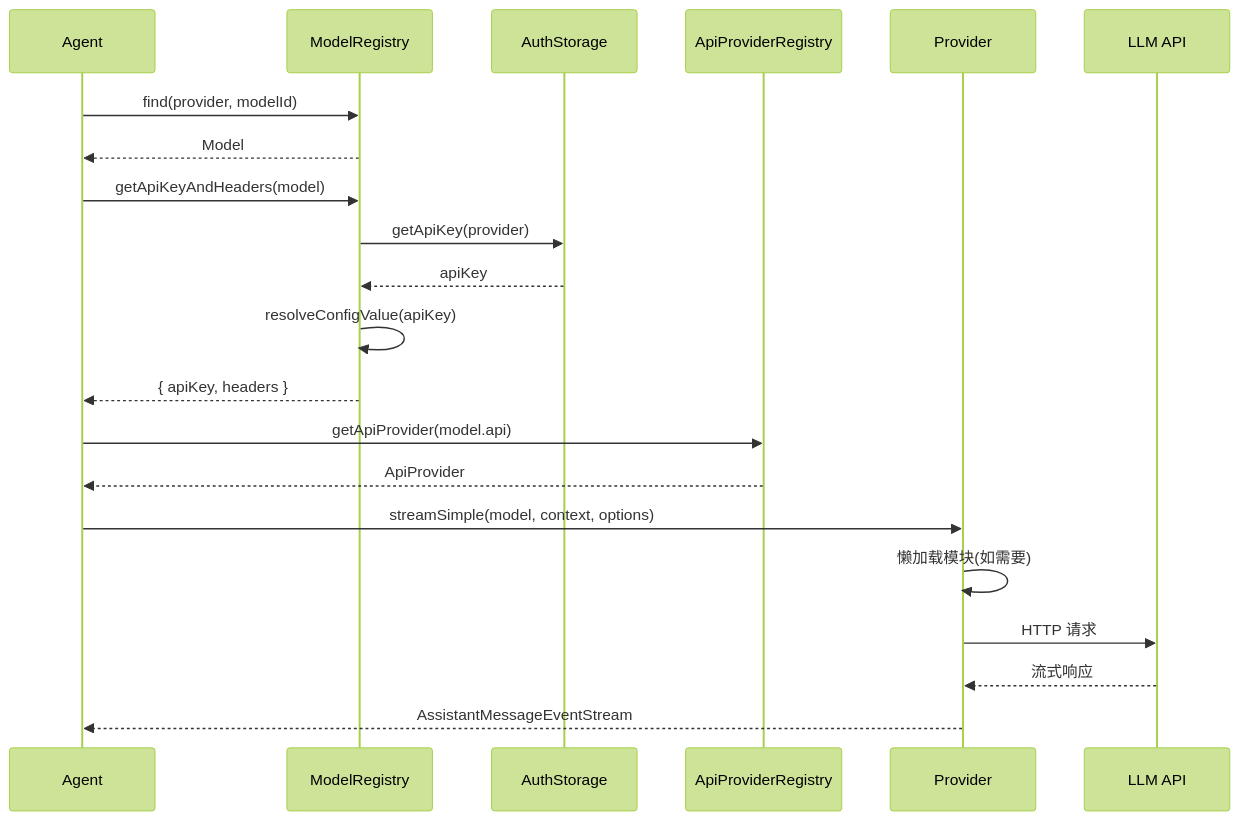
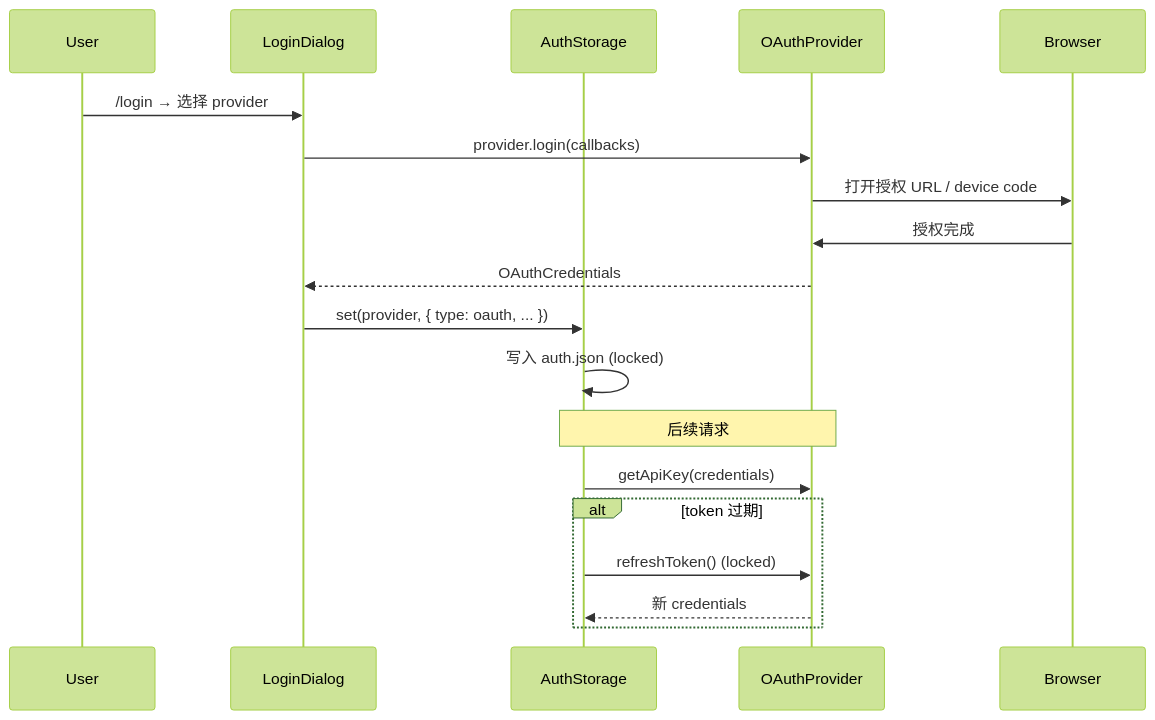
The sixth of 11 diagrams in _LEARN/04-subsystems/04-provider-system.md (StrayDragon/pi-mono), drawn with Mermaid (forest theme) before and after one commit. The commit also changed other lines of this file and 42 other files, not shown here.

````diff
--- a/_LEARN/04-subsystems/04-provider-system.md
+++ b/_LEARN/04-subsystems/04-provider-system.md
@@ -687,27 +225,23 @@
 ```mermaid
 sequenceDiagram
-    participant Agent as Agent
-    participant MR as ModelRegistry
+    participant User
+    participant TUI as LoginDialog
     participant AS as AuthStorage
-    participant PR as ApiProviderRegistry
-    participant Prov as Provider
-    participant LLM as LLM API
+    participant OAuth as OAuthProvider
+    participant Browser
 
-    Agent->>MR: find(provider, modelId)
-    MR-->>Agent: Model
+    User->>TUI: /login → 选择 provider
+    TUI->>OAuth: provider.login(callbacks)
+    OAuth->>Browser: 打开授权 URL / device code
+    Browser->>OAuth: 授权完成
+    OAuth-->>TUI: OAuthCredentials
+    TUI->>AS: set(provider, { type: oauth, ... })
+    AS->>AS: 写入 auth.json (locked)
 
-    Agent->>MR: getApiKeyAndHeaders(model)
-    MR->>AS: getApiKey(provider)
-    AS-->>MR: apiKey
-    MR->>MR: resolveConfigValue(apiKey)
-    MR-->>Agent: { apiKey, headers }
-
-    Agent->>PR: getApiProvider(model.api)
-    PR-->>Agent: ApiProvider
-
-    Agent->>Prov: streamSimple(model, context, options)
-    Prov->>Prov: 懒加载模块(如需要)
-    Prov->>LLM: HTTP 请求
-    LLM-->>Prov: 流式响应
-    Prov-->>Agent: AssistantMessageEventStream
+    Note over AS,OAuth: 后续请求
+    AS->>OAuth: getApiKey(credentials)
+    alt token 过期
+        AS->>OAuth: refreshToken() (locked)
+        OAuth-->>AS: 新 credentials
+    end
 ```
````
